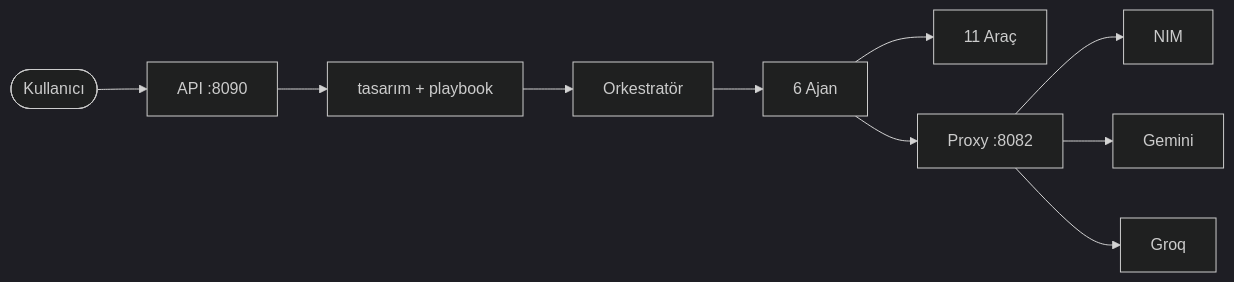
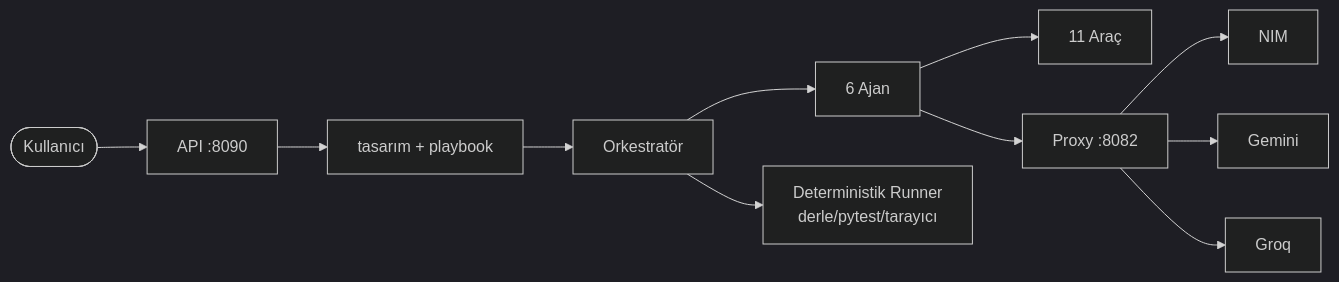
One commit to snsevval/code-generator changed the diagram in docs/index.md. Above: the diagram before and after it, drawn with Mermaid (dark theme). The commit also changed other lines of this file and 3 other files, not shown here.

First line of the commit message:
Docs: Faz 10 güncellemesi (deterministik Runner, playbook, takip, C++, güvenlik)

````diff
--- a/docs/index.md
+++ b/docs/index.md
@@ -58,7 +58,8 @@
 ```mermaid
 flowchart LR
     K([Kullanıcı]) --> API[API :8090]
     API --> ZEN[tasarım + playbook] --> ORK[Orkestratör]
     ORK --> AJ[6 Ajan] --> AR[11 Araç]
+    ORK --> RUN[Deterministik Runner<br/>derle/pytest/tarayıcı]
     AJ --> PX[Proxy :8082] --> M1[NIM] & M2[Gemini] & M3[Groq]
 ```
````
